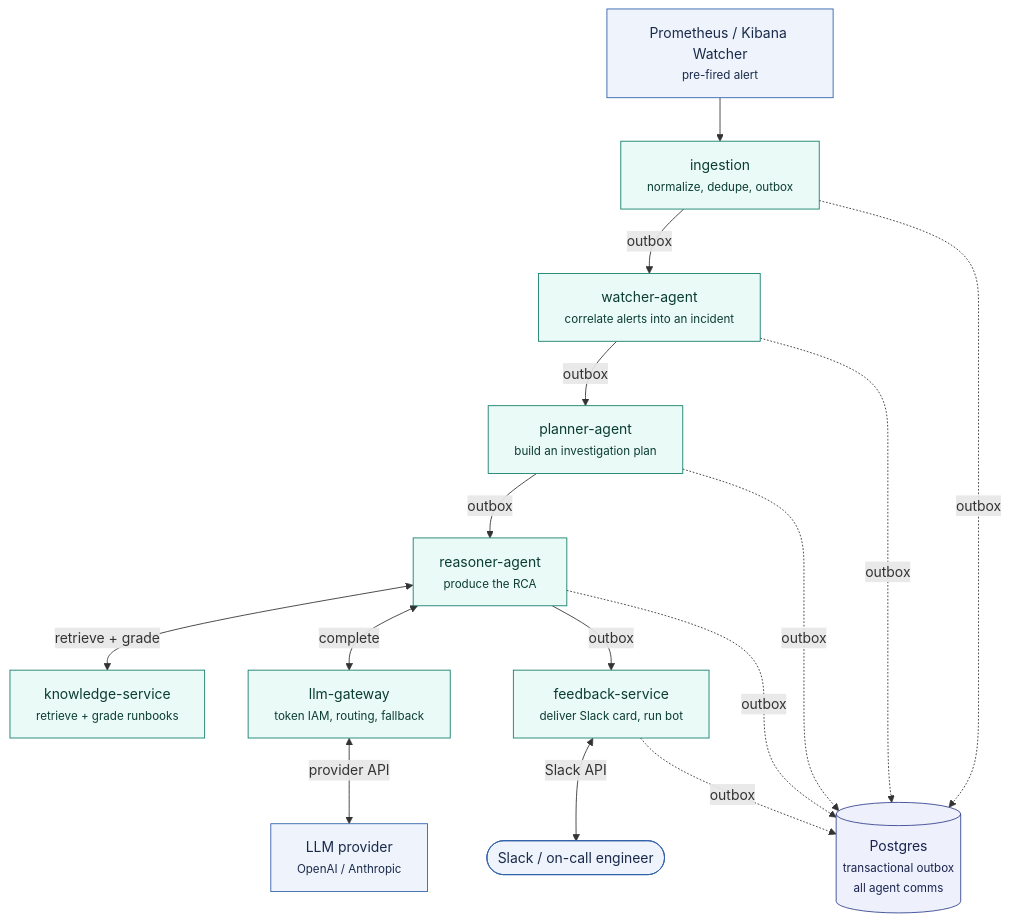
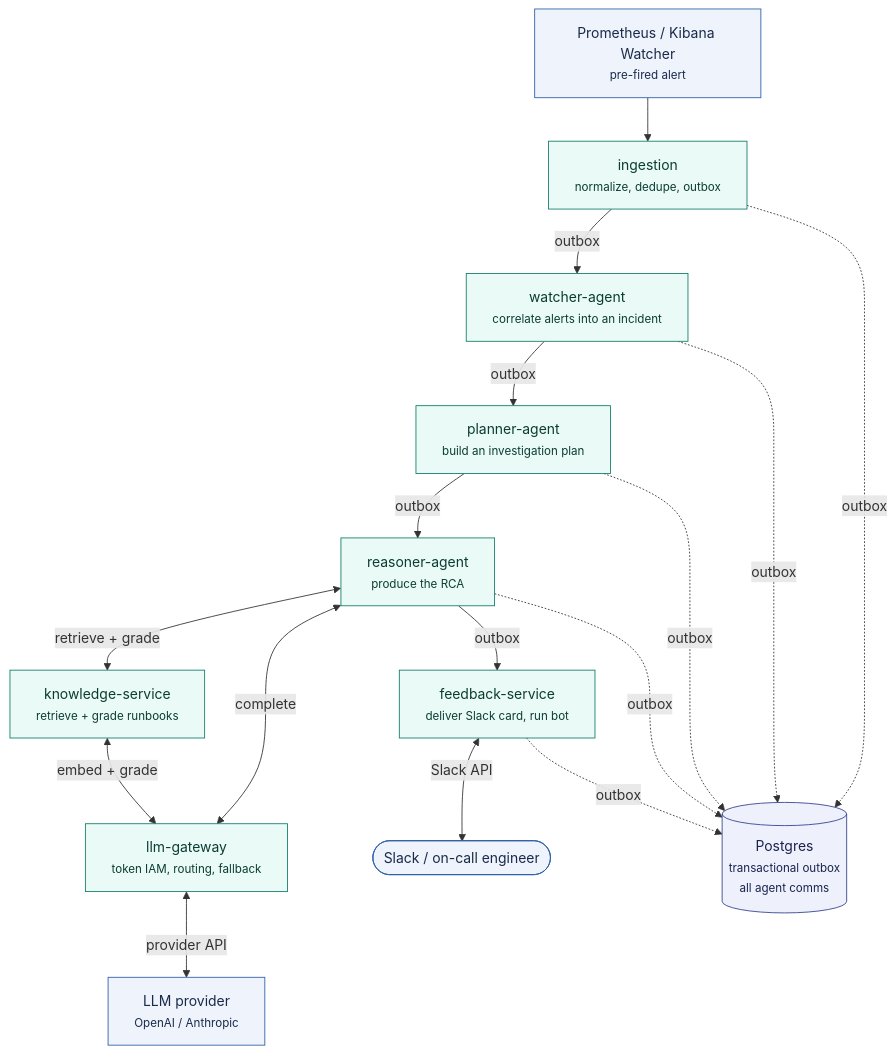
Before and after one commit to k-kohli10/radar-system: the diagram in README.md, drawn with Mermaid. The commit also changed other lines of this file and 10 other files, not shown here.

````diff
--- a/README.md
+++ b/README.md
@@ -64,38 +65,39 @@
 ```mermaid
 flowchart TB
     P["Prometheus / Kibana Watcher<br/><small>pre-fired alert</small>"]
     I["ingestion<br/><small>normalize, dedupe, outbox</small>"]
     W["watcher-agent<br/><small>correlate alerts into an incident</small>"]
     PL["planner-agent<br/><small>build an investigation plan</small>"]
     R["reasoner-agent<br/><small>produce the RCA</small>"]
     K["knowledge-service<br/><small>retrieve + grade runbooks</small>"]
     G["llm-gateway<br/><small>token IAM, routing, fallback</small>"]
     LLM["LLM provider<br/><small>OpenAI / Anthropic</small>"]
     F["feedback-service<br/><small>deliver Slack card, run bot</small>"]
     S(["Slack / on-call engineer"])
     DB[("Postgres<br/><small>transactional outbox<br/>all agent comms</small>")]
 
     P --> I
     I -- outbox --> W
     W -- outbox --> PL
     PL -- outbox --> R
     R <-- retrieve + grade --> K
     R <-- complete --> G
+    K <-- embed + grade --> G
     G <-- provider API --> LLM
     R -- outbox --> F
     F <-- Slack API --> S
 
     I -. outbox .-> DB
     W -. outbox .-> DB
     PL -. outbox .-> DB
     R -. outbox .-> DB
     F -. outbox .-> DB
 
     classDef external fill:#eef3fc,stroke:#2f5fa8,color:#1a2b4a;
     classDef agent fill:#eafaf6,stroke:#127d69,color:#0b3d33;
     classDef store fill:#eef1fb,stroke:#33418f,color:#1a2350;
 
     class P,LLM,S external
     class I,W,PL,R,K,G,F agent
     class DB store
 ```
````
